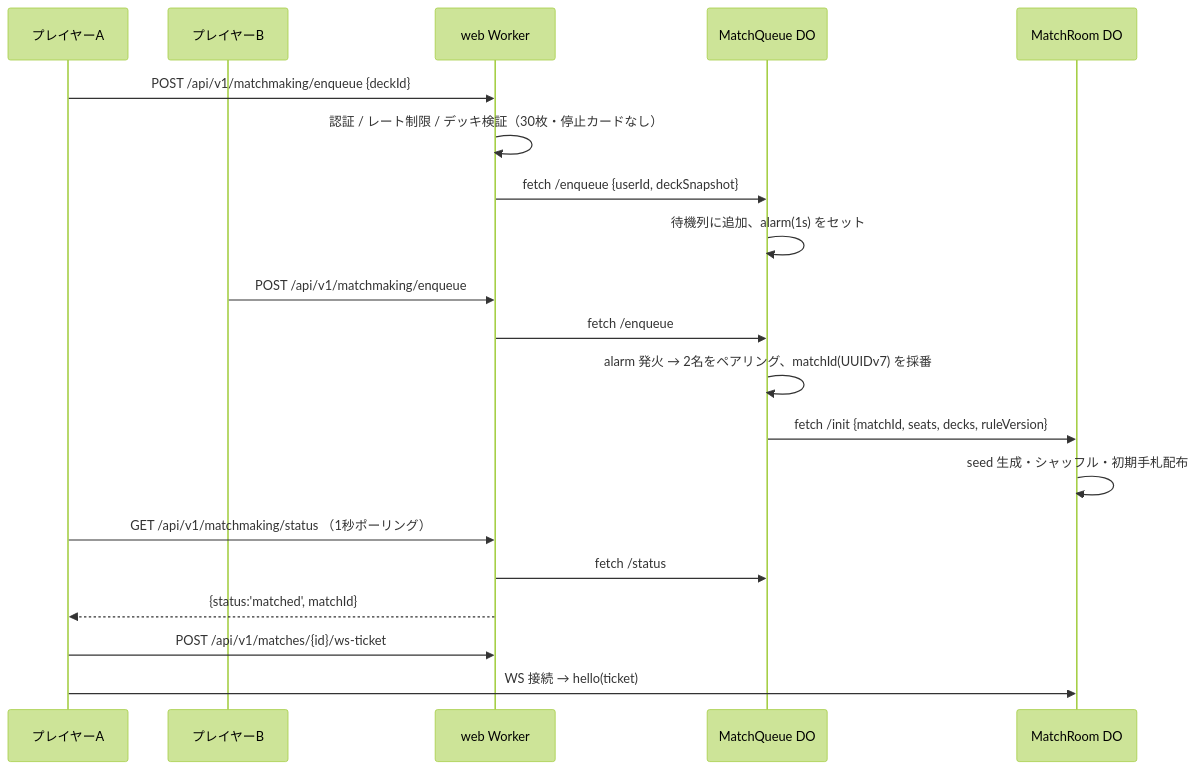
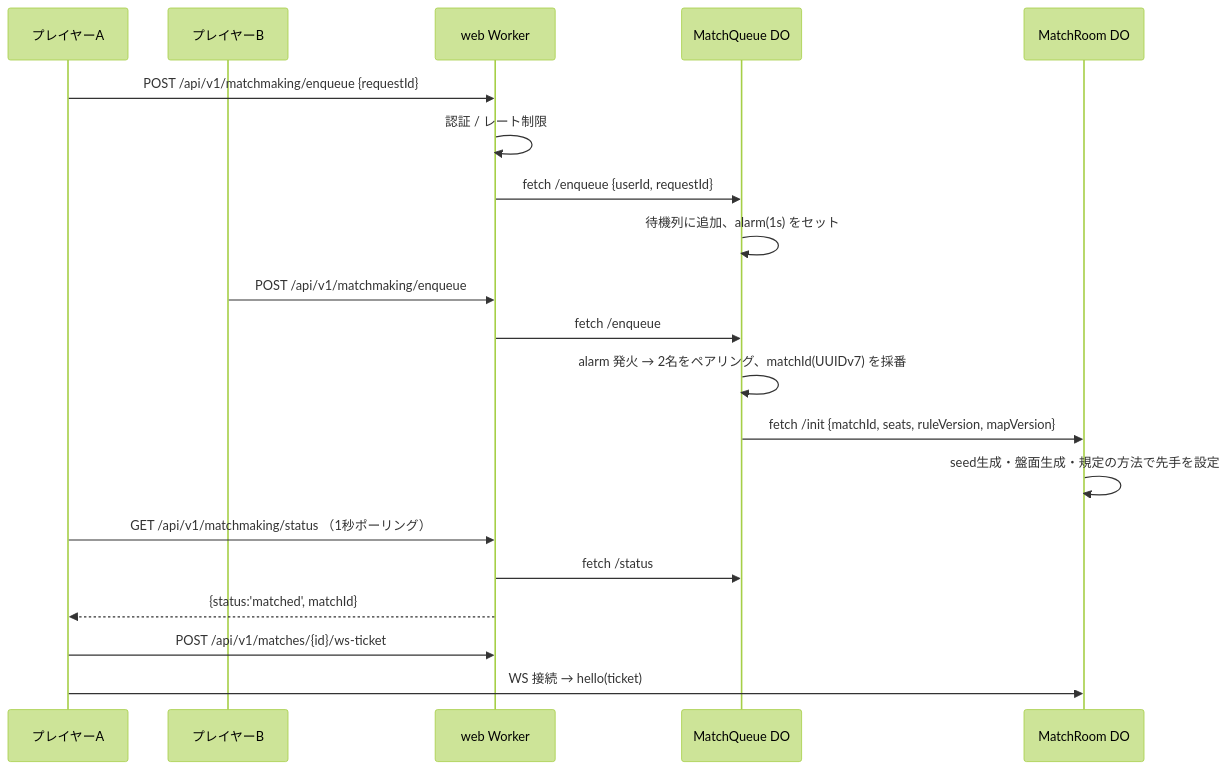
Before and after one commit to ukihot/emerald-wani: the third of 3 diagrams in doc/designs/07-durable-objects.md, drawn with Mermaid (forest theme). The commit also changed other lines of this file and 38 other files, not shown here.

````diff
--- a/doc/designs/07-durable-objects.md
+++ b/doc/designs/07-durable-objects.md
@@ -223,23 +223,23 @@
 ```mermaid
 sequenceDiagram
     participant C1 as プレイヤーA
     participant C2 as プレイヤーB
     participant W as web Worker
     participant Q as MatchQueue DO
     participant R as MatchRoom DO
 
-    C1->>W: POST /api/v1/matchmaking/enqueue {deckId}
-    W->>W: 認証 / レート制限 / デッキ検証（30枚・停止カードなし）
-    W->>Q: fetch /enqueue {userId, deckSnapshot}
+    C1->>W: POST /api/v1/matchmaking/enqueue {requestId}
+    W->>W: 認証 / レート制限
+    W->>Q: fetch /enqueue {userId, requestId}
     Q->>Q: 待機列に追加、alarm(1s) をセット
     C2->>W: POST /api/v1/matchmaking/enqueue
     W->>Q: fetch /enqueue
     Q->>Q: alarm 発火 → 2名をペアリング、matchId(UUIDv7) を採番
-    Q->>R: fetch /init {matchId, seats, decks, ruleVersion}
-    R->>R: seed 生成・シャッフル・初期手札配布
+    Q->>R: fetch /init {matchId, seats, ruleVersion, mapVersion}
+    R->>R: seed生成・盤面生成・規定の方法で先手を設定
     C1->>W: GET /api/v1/matchmaking/status （1秒ポーリング）
     W->>Q: fetch /status
     W-->>C1: {status:'matched', matchId}
     C1->>W: POST /api/v1/matches/{id}/ws-ticket
     C1->>R: WS 接続 → hello(ticket)
 ```
````
